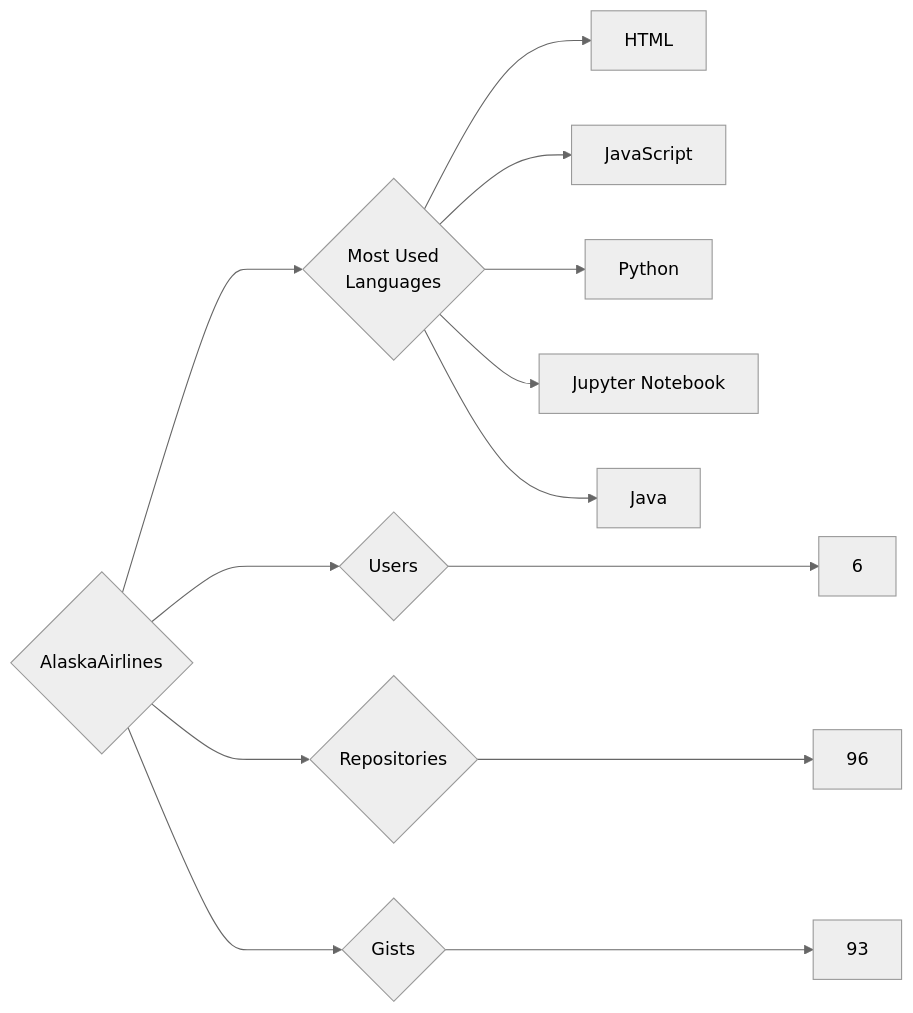
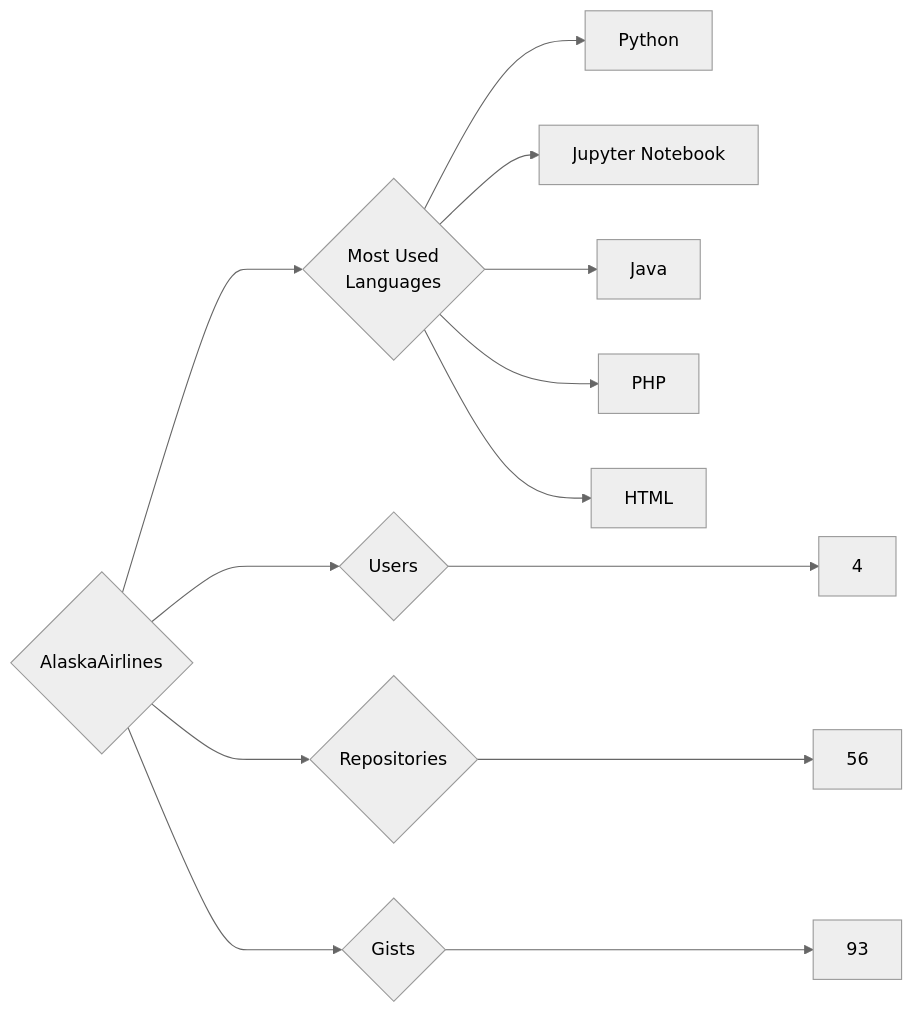
One commit to trickest/insiders changed the diagram in targets/AlaskaAirlines/README.md. Above: the diagram before and after it, drawn with Mermaid (neutral theme). The commit also changed 1170 other files, not shown here.

````diff
--- a/targets/AlaskaAirlines/README.md
+++ b/targets/AlaskaAirlines/README.md
@@ -3,13 +3,13 @@
 ```mermaid
 graph LR
 COMPANY_NAME{AlaskaAirlines}
-COMPANY_NAME ---> U{Users} ---> UN[6]
-COMPANY_NAME ---> R{Repositories} ---> RN[96]
+COMPANY_NAME ---> U{Users} ---> UN[4]
+COMPANY_NAME ---> R{Repositories} ---> RN[56]
 COMPANY_NAME ---> G{Gists} ---> GN[93]
 COMPANY_NAME ---> ML{Most Used<br>Languages}
-ML --> HTML[HTML]
-ML --> JavaScript[JavaScript]
 ML --> Python[Python]
 ML --> Jupyter_Notebook[Jupyter Notebook]
 ML --> Java[Java]
+ML --> PHP[PHP]
+ML --> HTML[HTML]
 ```
````
